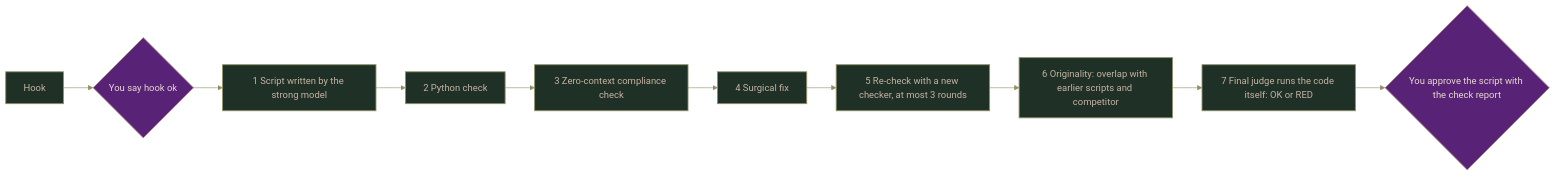
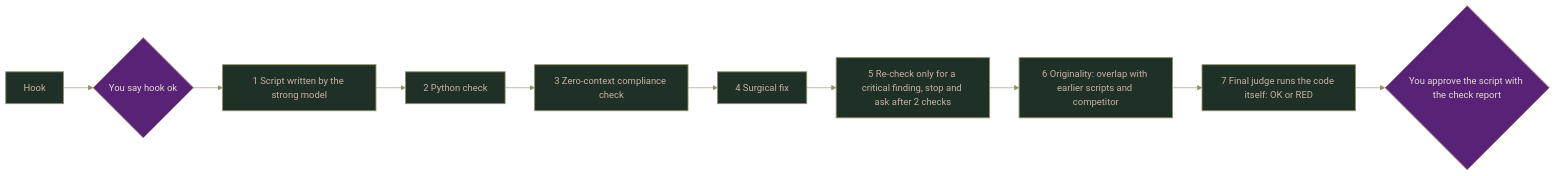
The fifth of 5 diagrams in README.md (jenny-gecglr/youtube-automation-competitor-analysis), drawn with Mermaid before and after one commit. The commit also changed other lines of this file and 1 other file, not shown here.

Commit message:
v2.1.0: add A14 (rules and patterns after the analysis), Python first in the check budget, align README rounds

````diff
--- a/README.md
+++ b/README.md
@@ -191,17 +196,17 @@
 ```mermaid
 %%{init: {"theme":"base","themeVariables":{"fontFamily":"Georgia, serif","primaryColor":"#1F3026","primaryTextColor":"#C7B3A3","primaryBorderColor":"#8F8E66","lineColor":"#8F8E66","tertiaryTextColor":"#C7B3A3","edgeLabelBackground":"#1F3026"}}}%%
 flowchart LR
     H["Hook"] --> HK{"You say hook ok"}
     HK --> W["1 Script written by the strong model"]
     W --> C1["2 Python check"]
     C1 --> C2["3 Zero-context compliance check"]
     C2 --> F["4 Surgical fix"]
-    F --> C3["5 Re-check with a new checker, at most 3 rounds"]
+    F --> C3["5 Re-check only for a critical finding, stop and ask after 2 checks"]
     C3 --> O["6 Originality: overlap with earlier scripts and competitor"]
     O --> J["7 Final judge runs the code itself: OK or RED"]
     J --> U{"You approve the script with the check report"}
     classDef cBase fill:#1F3026,stroke:#8F8E66,color:#C7B3A3,stroke-width:1.5px
     classDef cGate fill:#582377,stroke:#A3787B,color:#E6D9CC,stroke-width:1.5px
     class H,W,C1,C2,F,C3,O,J cBase
     class HK,U cGate
 ```
````
